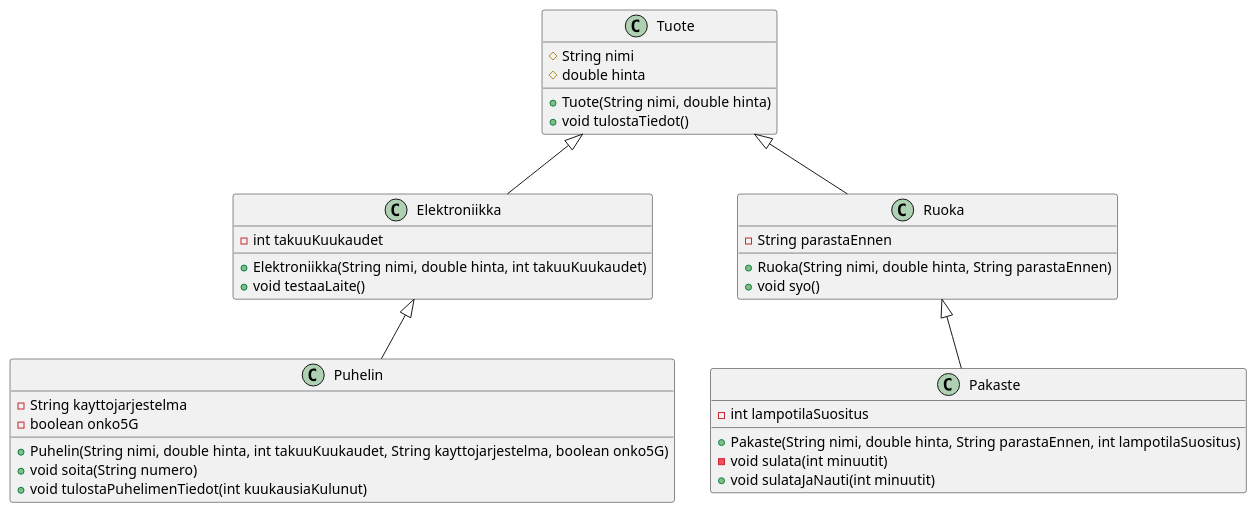
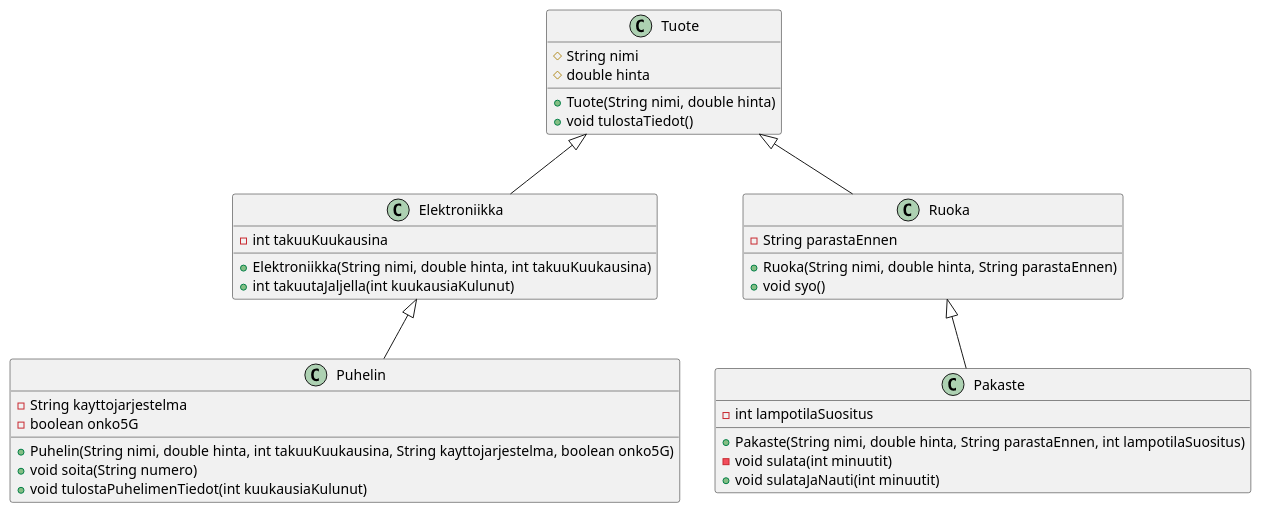
The diagram in src/exercises/3-3-verkkokauppa-3/handout.md (ISEAI-JYU/Programming-2), drawn with PlantUML before and after one commit. The commit also changed other lines of this file and 2 other files, not shown here.

Commit message:
Fix UML as per the text

````diff
--- a/src/exercises/3-3-verkkokauppa-3/handout.md
+++ b/src/exercises/3-3-verkkokauppa-3/handout.md
@@ -81,37 +83,37 @@
 ```plantuml
 @startuml
 class Tuote {
     #String nimi
     #double hinta
     +Tuote(String nimi, double hinta)
     +void tulostaTiedot()
 }
 class Elektroniikka {
-    -int takuuKuukaudet
-    +Elektroniikka(String nimi, double hinta, int takuuKuukaudet)
-    +void testaaLaite()
+    -int takuuKuukausina
+    +Elektroniikka(String nimi, double hinta, int takuuKuukausina)
+    +int takuutaJaljella(int kuukausiaKulunut)
 }
 class Ruoka {
     -String parastaEnnen
     +Ruoka(String nimi, double hinta, String parastaEnnen)
     +void syo()
 }
 class Puhelin {
     -String kayttojarjestelma
     -boolean onko5G
-    +Puhelin(String nimi, double hinta, int takuuKuukaudet, String kayttojarjestelma, boolean onko5G)
+    +Puhelin(String nimi, double hinta, int takuuKuukausina, String kayttojarjestelma, boolean onko5G)
     +void soita(String numero)
     +void tulostaPuhelimenTiedot(int kuukausiaKulunut)
 }
 class Pakaste {
     -int lampotilaSuositus
     +Pakaste(String nimi, double hinta, String parastaEnnen, int lampotilaSuositus)
     -void sulata(int minuutit)
     +void sulataJaNauti(int minuutit)
 }
 Tuote <|-- Elektroniikka
 Tuote <|-- Ruoka
 Elektroniikka <|-- Puhelin
-Ruoka <|-- Pakaste
+Ruoka <|-- Pakaste 
 @enduml
 ```
````
